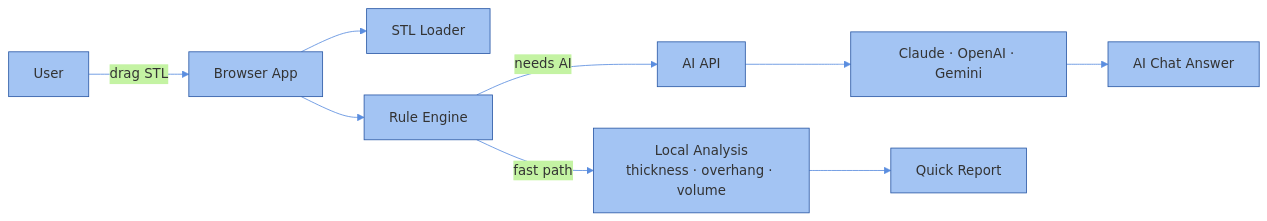
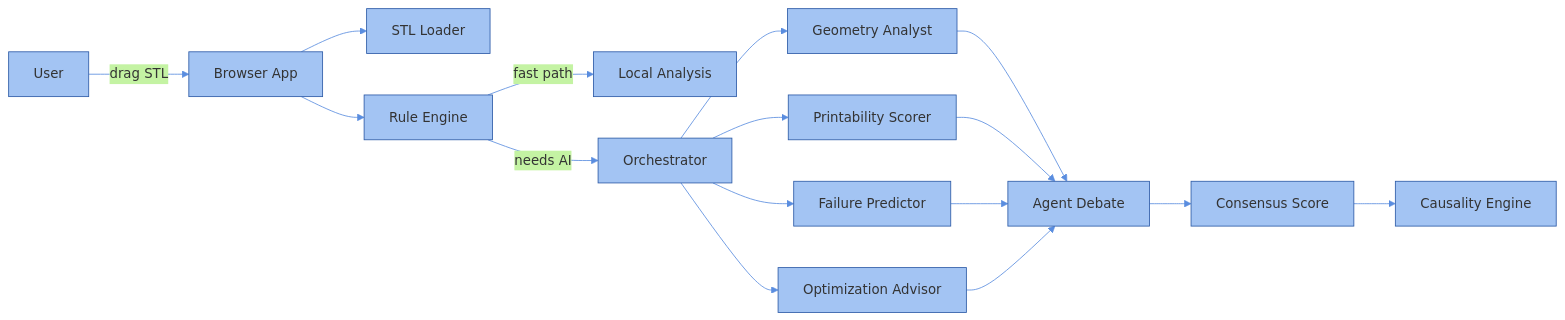
Before and after one commit to BougieZoe/3DP-Agent-: the diagram in README.md, drawn with Mermaid. The commit also changed other lines of this file, not shown here.

````diff
--- a/README.md
+++ b/README.md
@@ -46,12 +79,16 @@
 ```mermaid
 %%{init: {'theme': 'base', 'themeVariables': { 'primaryColor': '#a3c4f3', 'primaryBorderColor': '#2c5aa6', 'lineColor': '#5a8ddf'}}}%%
 flowchart LR
     User[User] -->|drag STL| Browser[Browser App]
     Browser --> STL[STL Loader]
     Browser --> Rules[Rule Engine]
-    Rules -->|fast path| Result[Local Analysis<br/>thickness · overhang · volume]
-    Rules -->|needs AI| AI[AI API]
-    AI --> Models[Claude · OpenAI · Gemini]
-    Result --> Report[Quick Report]
-    Models --> Chat[AI Chat Answer]
+    Rules -->|fast path| Result[Local Analysis]
+    Rules -->|needs AI| Orch[Orchestrator]
+    Orch --> A1[Geometry Analyst]
+    Orch --> A2[Printability Scorer]
+    Orch --> A3[Failure Predictor]
+    Orch --> A4[Optimization Advisor]
+    A1 & A2 & A3 & A4 --> Debate[Agent Debate]
+    Debate --> Score[Consensus Score]
+    Score --> Causality[Causality Engine]
 ```
````
